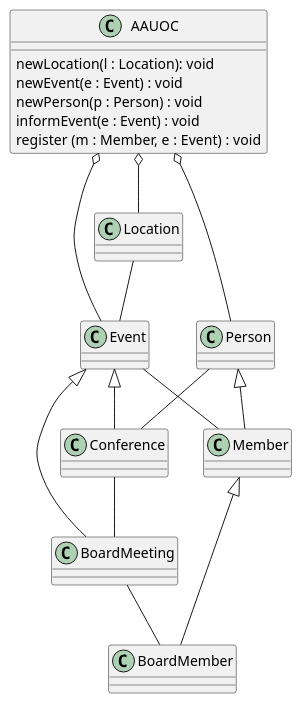
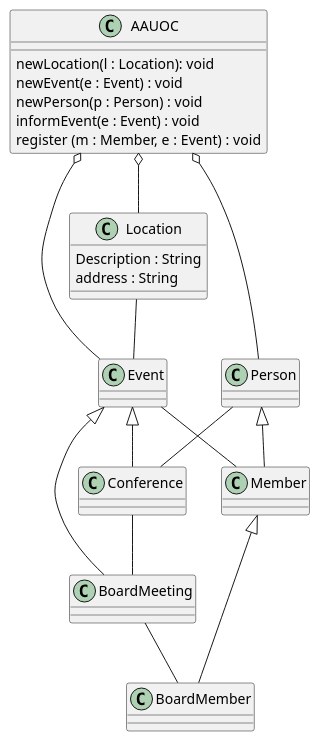
One commit to DaniJorCa/UMLDanielJordanCarre-o changed the diagram in src/UOC.puml. Above: the diagram before and after it, drawn with PlantUML.

Commit message:
Atributos Location

```diff
--- a/src/UOC.puml
+++ b/src/UOC.puml
@@ -1,28 +1,35 @@
 @startuml
 
 
 Conference -- BoardMeeting
 Event <|-- Conference
 Event <|-- BoardMeeting
 
 Person <|-- Member
 Member <|-- BoardMember
 
 Person -- Conference
 BoardMeeting -- BoardMember
 Event -- Member
 Location -- Event
 
 AAUOC o-- Person
 AAUOC o-- Event
 AAUOC o-- Location
 
 class AAUOC{
 newLocation(l : Location): void
 newEvent(e : Event) : void
 newPerson(p : Person) : void
 informEvent(e : Event) : void
 register (m : Member, e : Event) : void
 }
 
+class Location{
+Description : String
+address : String
+}
+
+
+
 @enduml
```
